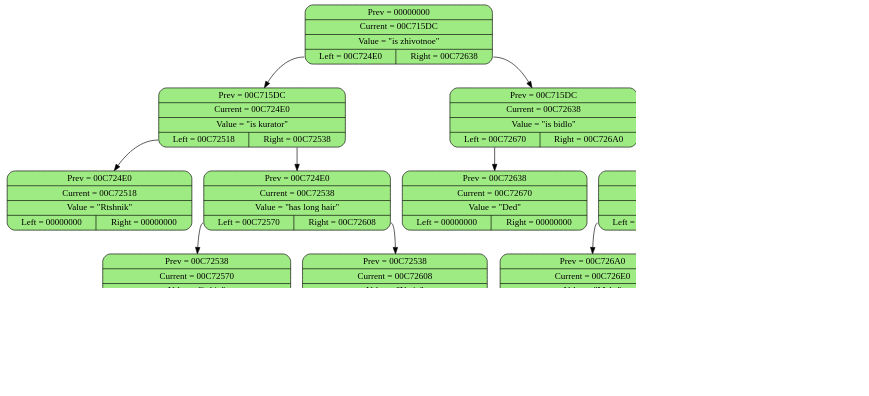
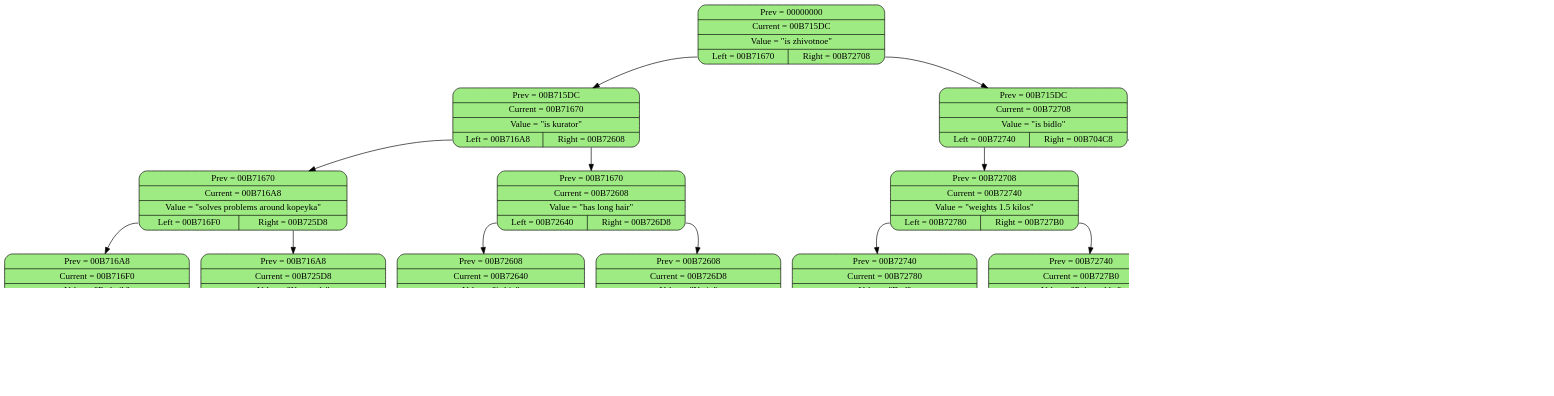
The diagram in GraphDumpSrc.dot (TupaToster/tre), drawn with Graphviz before and after one commit. The commit also changed 10 other files, not shown here.

```diff
--- a/GraphDumpSrc.dot
+++ b/GraphDumpSrc.dot
@@ -1,34 +1,42 @@
 digraph List_0 {
 	graph [dpi = 100];
 	rankdir = TB
-	"Nod_0" [shape = "Mrecord", style = "filled", fillcolor = "#9feb83", label = "{ <prev> Prev = 00000000 | Current = 00C715DC | Value = \"is zhivotnoe\" | { <left> Left = 00C724E0 | <right> Right = 00C72638} }"]
-	"Nod_1" [shape = "Mrecord", style = "filled", fillcolor = "#9feb83", label = "{ <prev> Prev = 00C715DC | Current = 00C724E0 | Value = \"is kurator\" | { <left> Left = 00C72518 | <right> Right = 00C72538} }"]
-	"Nod_2" [shape = "Mrecord", style = "filled", fillcolor = "#9feb83", label = "{ <prev> Prev = 00C724E0 | Current = 00C72518 | Value = \"Rtshnik\" | { <left> Left = 00000000 | <right> Right = 00000000} }"]
-	"Nod_3" [shape = "Mrecord", style = "filled", fillcolor = "#9feb83", label = "{ <prev> Prev = 00C724E0 | Current = 00C72538 | Value = \"has long hair\" | { <left> Left = 00C72570 | <right> Right = 00C72608} }"]
-	"Nod_4" [shape = "Mrecord", style = "filled", fillcolor = "#9feb83", label = "{ <prev> Prev = 00C72538 | Current = 00C72570 | Value = \"is big\" | { <left> Left = 00C725A0 | <right> Right = 00C725D8} }"]
-	"Nod_5" [shape = "Mrecord", style = "filled", fillcolor = "#9feb83", label = "{ <prev> Prev = 00C72570 | Current = 00C725A0 | Value = \"Leorius Maltz\" | { <left> Left = 00000000 | <right> Right = 00000000} }"]
-	"Nod_6" [shape = "Mrecord", style = "filled", fillcolor = "#9feb83", label = "{ <prev> Prev = 00C72570 | Current = 00C725D8 | Value = \"Seriy\" | { <left> Left = 00000000 | <right> Right = 00000000} }"]
-	"Nod_7" [shape = "Mrecord", style = "filled", fillcolor = "#9feb83", label = "{ <prev> Prev = 00C72538 | Current = 00C72608 | Value = \"Yasin\" | { <left> Left = 00000000 | <right> Right = 00000000} }"]
-	"Nod_8" [shape = "Mrecord", style = "filled", fillcolor = "#9feb83", label = "{ <prev> Prev = 00C715DC | Current = 00C72638 | Value = \"is bidlo\" | { <left> Left = 00C72670 | <right> Right = 00C726A0} }"]
-	"Nod_9" [shape = "Mrecord", style = "filled", fillcolor = "#9feb83", label = "{ <prev> Prev = 00C72638 | Current = 00C72670 | Value = \"Ded\" | { <left> Left = 00000000 | <right> Right = 00000000} }"]
-	"Nod_10" [shape = "Mrecord", style = "filled", fillcolor = "#9feb83", label = "{ <prev> Prev = 00C72638 | Current = 00C726A0 | Value = \"is smarter than Maks\" | { <left> Left = 00C726E0 | <right> Right = 00C72710} }"]
-	"Nod_11" [shape = "Mrecord", style = "filled", fillcolor = "#9feb83", label = "{ <prev> Prev = 00C726A0 | Current = 00C726E0 | Value = \"Maks\" | { <left> Left = 00000000 | <right> Right = 00000000} }"]
-	"Nod_12" [shape = "Mrecord", style = "filled", fillcolor = "#9feb83", label = "{ <prev> Prev = 00C726A0 | Current = 00C72710 | Value = \"Arsenich\" | { <left> Left = 00000000 | <right> Right = 00000000} }"]
+	"Nod_0" [shape = "Mrecord", style = "filled", fillcolor = "#9feb83", label = "{ <prev> Prev = 00000000 | Current = 00B715DC | Value = \"is zhivotnoe\" | { <left> Left = 00B71670 | <right> Right = 00B72708} }"]
+	"Nod_1" [shape = "Mrecord", style = "filled", fillcolor = "#9feb83", label = "{ <prev> Prev = 00B715DC | Current = 00B71670 | Value = \"is kurator\" | { <left> Left = 00B716A8 | <right> Right = 00B72608} }"]
+	"Nod_2" [shape = "Mrecord", style = "filled", fillcolor = "#9feb83", label = "{ <prev> Prev = 00B71670 | Current = 00B716A8 | Value = \"solves problems around kopeyka\" | { <left> Left = 00B716F0 | <right> Right = 00B725D8} }"]
+	"Nod_3" [shape = "Mrecord", style = "filled", fillcolor = "#9feb83", label = "{ <prev> Prev = 00B716A8 | Current = 00B716F0 | Value = \"Rtshnik\" | { <left> Left = 00000000 | <right> Right = 00000000} }"]
+	"Nod_4" [shape = "Mrecord", style = "filled", fillcolor = "#9feb83", label = "{ <prev> Prev = 00B716A8 | Current = 00B725D8 | Value = \"Komenda\" | { <left> Left = 00000000 | <right> Right = 00000000} }"]
+	"Nod_5" [shape = "Mrecord", style = "filled", fillcolor = "#9feb83", label = "{ <prev> Prev = 00B71670 | Current = 00B72608 | Value = \"has long hair\" | { <left> Left = 00B72640 | <right> Right = 00B726D8} }"]
+	"Nod_6" [shape = "Mrecord", style = "filled", fillcolor = "#9feb83", label = "{ <prev> Prev = 00B72608 | Current = 00B72640 | Value = \"is big\" | { <left> Left = 00B72670 | <right> Right = 00B726A8} }"]
+	"Nod_7" [shape = "Mrecord", style = "filled", fillcolor = "#9feb83", label = "{ <prev> Prev = 00B72640 | Current = 00B72670 | Value = \"Leorius Maltz\" | { <left> Left = 00000000 | <right> Right = 00000000} }"]
+	"Nod_8" [shape = "Mrecord", style = "filled", fillcolor = "#9feb83", label = "{ <prev> Prev = 00B72640 | Current = 00B726A8 | Value = \"Seriy\" | { <left> Left = 00000000 | <right> Right = 00000000} }"]
+	"Nod_9" [shape = "Mrecord", style = "filled", fillcolor = "#9feb83", label = "{ <prev> Prev = 00B72608 | Current = 00B726D8 | Value = \"Yasin\" | { <left> Left = 00000000 | <right> Right = 00000000} }"]
+	"Nod_10" [shape = "Mrecord", style = "filled", fillcolor = "#9feb83", label = "{ <prev> Prev = 00B715DC | Current = 00B72708 | Value = \"is bidlo\" | { <left> Left = 00B72740 | <right> Right = 00B704C8} }"]
+	"Nod_11" [shape = "Mrecord", style = "filled", fillcolor = "#9feb83", label = "{ <prev> Prev = 00B72708 | Current = 00B72740 | Value = \"weights 1.5 kilos\" | { <left> Left = 00B72780 | <right> Right = 00B727B0} }"]
+	"Nod_12" [shape = "Mrecord", style = "filled", fillcolor = "#9feb83", label = "{ <prev> Prev = 00B72740 | Current = 00B72780 | Value = \"Ded\" | { <left> Left = 00000000 | <right> Right = 00000000} }"]
+	"Nod_13" [shape = "Mrecord", style = "filled", fillcolor = "#9feb83", label = "{ <prev> Prev = 00B72740 | Current = 00B727B0 | Value = \"Poltorashka\" | { <left> Left = 00000000 | <right> Right = 00000000} }"]
+	"Nod_14" [shape = "Mrecord", style = "filled", fillcolor = "#9feb83", label = "{ <prev> Prev = 00B72708 | Current = 00B704C8 | Value = \"is smarter than Maks\" | { <left> Left = 00B75788 | <right> Right = 00B75A28} }"]
+	"Nod_15" [shape = "Mrecord", style = "filled", fillcolor = "#9feb83", label = "{ <prev> Prev = 00B704C8 | Current = 00B75788 | Value = \"Maks\" | { <left> Left = 00000000 | <right> Right = 00000000} }"]
+	"Nod_16" [shape = "Mrecord", style = "filled", fillcolor = "#9feb83", label = "{ <prev> Prev = 00B704C8 | Current = 00B75A28 | Value = \"Arsenich\" | { <left> Left = 00000000 | <right> Right = 00000000} }"]
 	{ rank = same;  Nod_0; }
-	{ rank = same;  Nod_1;  Nod_8; }
-	{ rank = same;  Nod_2;  Nod_3;  Nod_9;  Nod_10; }
-	{ rank = same;  Nod_4;  Nod_7;  Nod_11;  Nod_12; }
-	{ rank = same;  Nod_5;  Nod_6; }
+	{ rank = same;  Nod_1;  Nod_10; }
+	{ rank = same;  Nod_2;  Nod_5;  Nod_11;  Nod_14; }
+	{ rank = same;  Nod_3;  Nod_4;  Nod_6;  Nod_9;  Nod_12;  Nod_13;  Nod_15;  Nod_16; }
+	{ rank = same;  Nod_7;  Nod_8; }
 	"Nod_0":left -> "Nod_1";
 	"Nod_1":left -> "Nod_2";
-	"Nod_1":right -> "Nod_3";
-	"Nod_3":left -> "Nod_4";
-	"Nod_4":left -> "Nod_5";
-	"Nod_4":right -> "Nod_6";
-	"Nod_3":right -> "Nod_7";
-	"Nod_0":right -> "Nod_8";
-	"Nod_8":left -> "Nod_9";
-	"Nod_8":right -> "Nod_10";
+	"Nod_2":left -> "Nod_3";
+	"Nod_2":right -> "Nod_4";
+	"Nod_1":right -> "Nod_5";
+	"Nod_5":left -> "Nod_6";
+	"Nod_6":left -> "Nod_7";
+	"Nod_6":right -> "Nod_8";
+	"Nod_5":right -> "Nod_9";
+	"Nod_0":right -> "Nod_10";
 	"Nod_10":left -> "Nod_11";
-	"Nod_10":right -> "Nod_12";
+	"Nod_11":left -> "Nod_12";
+	"Nod_11":right -> "Nod_13";
+	"Nod_10":right -> "Nod_14";
+	"Nod_14":left -> "Nod_15";
+	"Nod_14":right -> "Nod_16";
 }
```
